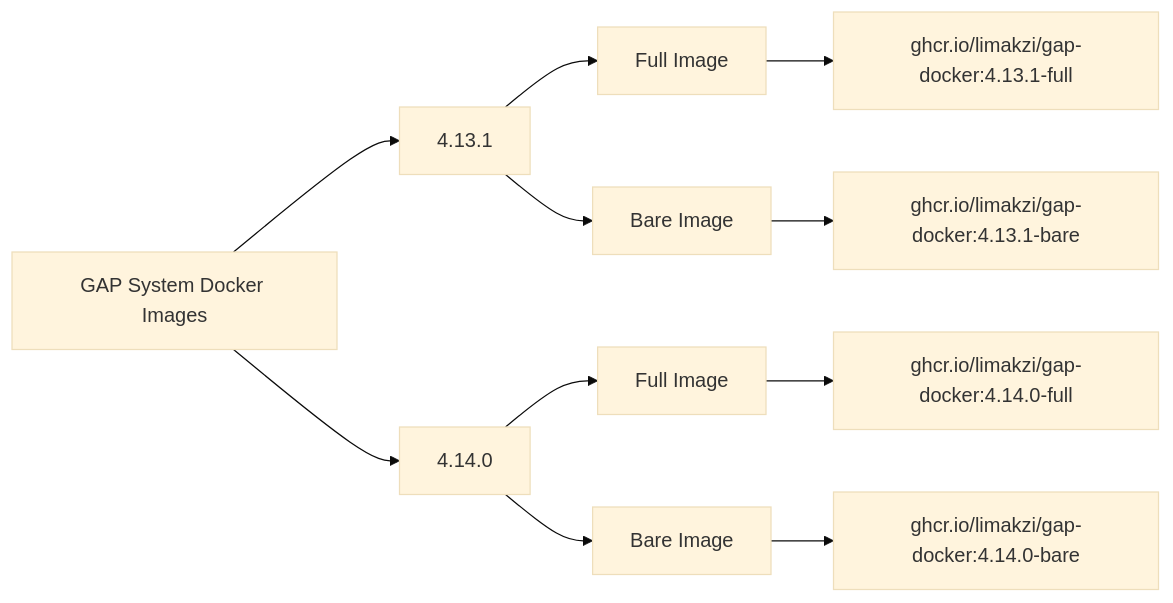
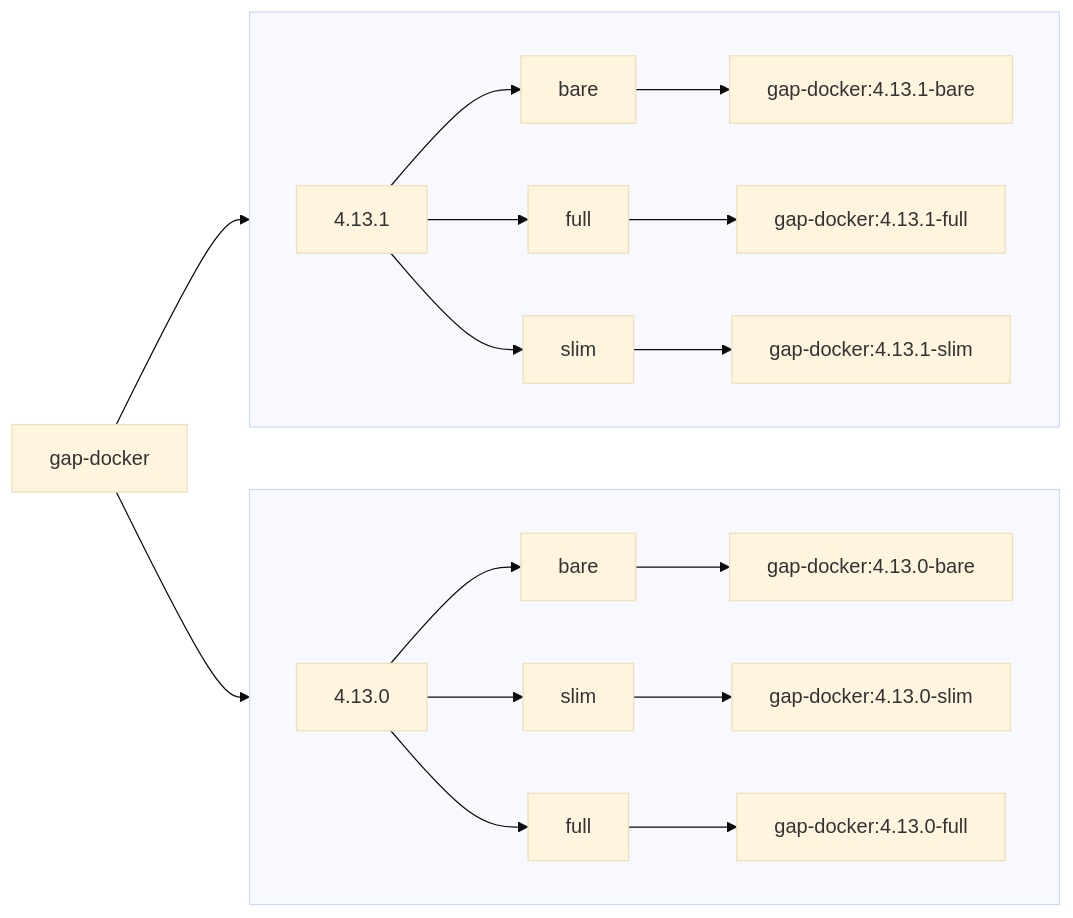
Before and after one commit to gap-system/docker: the diagram in README.md, drawn with Mermaid (base theme).

````diff
--- a/README.md
+++ b/README.md
@@ -7,17 +7,27 @@
 ```mermaid
     graph LR
-        A[GAP System Docker Images] --> B[4.13.1]
-        A --> C[4.14.0]
+        A[gap-docker] --> O1
+        A[gap-docker] --> O2
     
-        B --> D[Full Image]
-        B --> E[Bare Image]
-    
-        C --> F[Full Image]
-        C --> G[Bare Image]
-    
-        D --> H[ghcr.io/limakzi/gap-docker:4.13.1-full]
-        E --> I[ghcr.io/limakzi/gap-docker:4.13.1-bare]
-    
-        F --> J[ghcr.io/limakzi/gap-docker:4.14.0-full]
-        G --> K[ghcr.io/limakzi/gap-docker:4.14.0-bare]
+        subgraph  O1 [ ]
+            direction LR
+            B[4.13.1] --> D[bare]
+            B --> E[slim]
+            B --> F[full]
+        
+            D --> H[gap-docker:4.13.1-bare]
+            F --> K[gap-docker:4.13.1-full]
+            E --> I[gap-docker:4.13.1-slim]
+        end
+        
+        subgraph O2 [ ]
+            direction LR
+            B1[4.13.0] --> D1[bare]
+            B1 --> E1[full]
+            B1 --> F1[slim]
+        
+            D1 --> H1[gap-docker:4.13.0-bare]
+            F1 --> K1[gap-docker:4.13.0-slim]
+            E1 --> I1[gap-docker:4.13.0-full]
+        end
 ```
````
